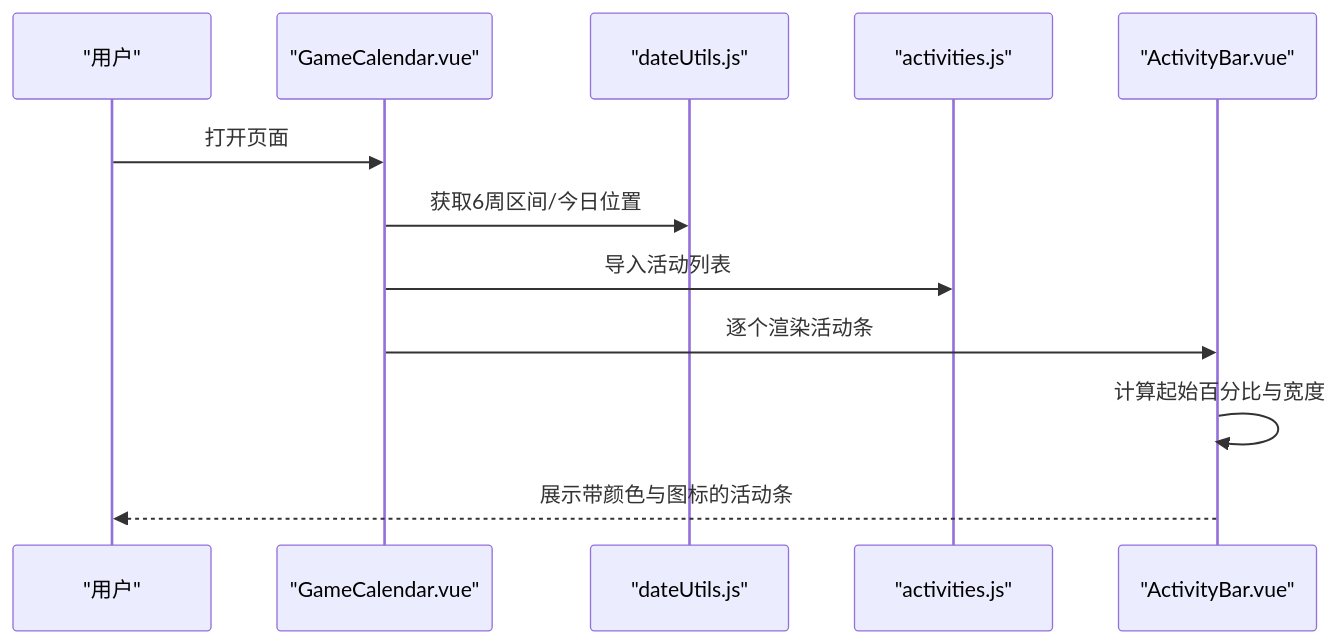
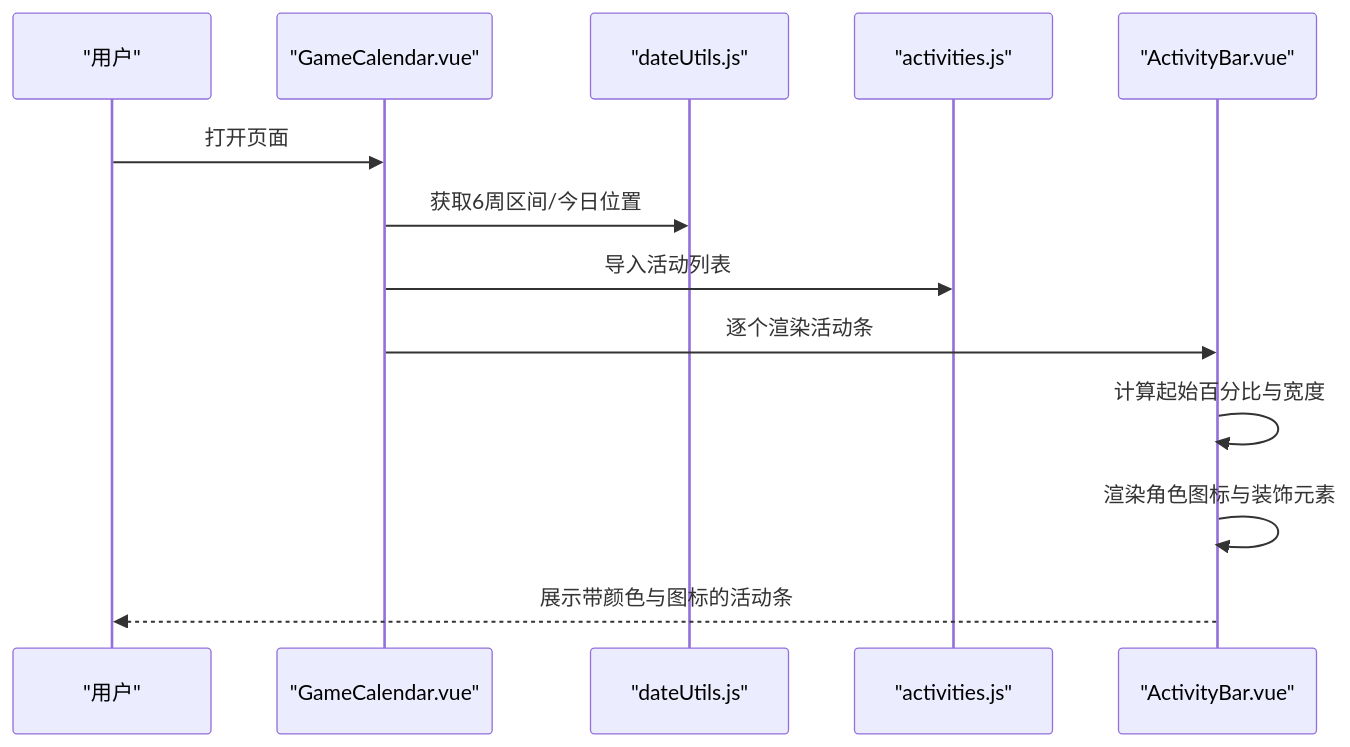
Before and after one commit to xuanyulingnfeg/gameCalendar: the second of 6 diagrams in .qoder/repowiki/zh/content/配置系统.md, drawn with Mermaid. The commit also changed other lines of this file and 7 other files, not shown here.

````diff
--- a/.qoder/repowiki/zh/content/配置系统.md
+++ b/.qoder/repowiki/zh/content/配置系统.md
@@ -100,14 +109,15 @@
 ```mermaid
 sequenceDiagram
 participant U as "用户"
 participant GC as "GameCalendar.vue"
 participant DU as "dateUtils.js"
 participant ACT as "activities.js"
 participant AB as "ActivityBar.vue"
 U->>GC : 打开页面
 GC->>DU : 获取6周区间/今日位置
 GC->>ACT : 导入活动列表
 GC->>AB : 逐个渲染活动条
 AB->>AB : 计算起始百分比与宽度
+AB->>AB : 渲染角色图标与装饰元素
 AB-->>U : 展示带颜色与图标的活动条
 ```
````
